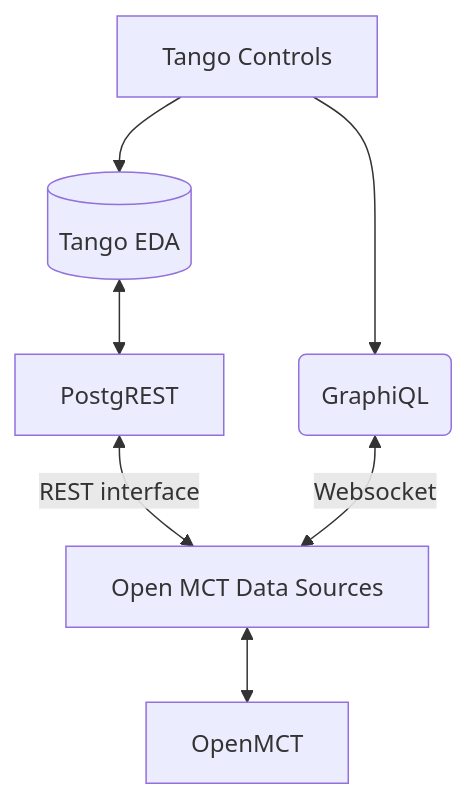
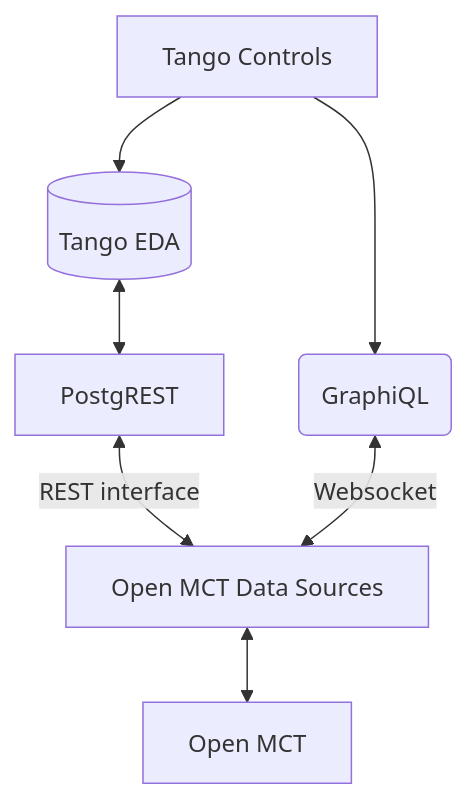
The diagram in README.md (SKAJohanVenter/tangomct), drawn with Mermaid before and after one commit. The commit also changed other lines of this file, not shown here.

````diff
--- a/README.md
+++ b/README.md
@@ -27,9 +29,9 @@
 ```mermaid
 flowchart TD
     A[Tango Controls] -->B(GraphiQL)
     A[Tango Controls] -->C[(Tango EDA)]
     C<-->D[PostgREST]
     D<-->|REST interface|E
     B<-->|Websocket|E
-    E[Open MCT Data Sources]<-->F[OpenMCT]
+    E[Open MCT Data Sources]<-->F[Open MCT]
 ```
````
